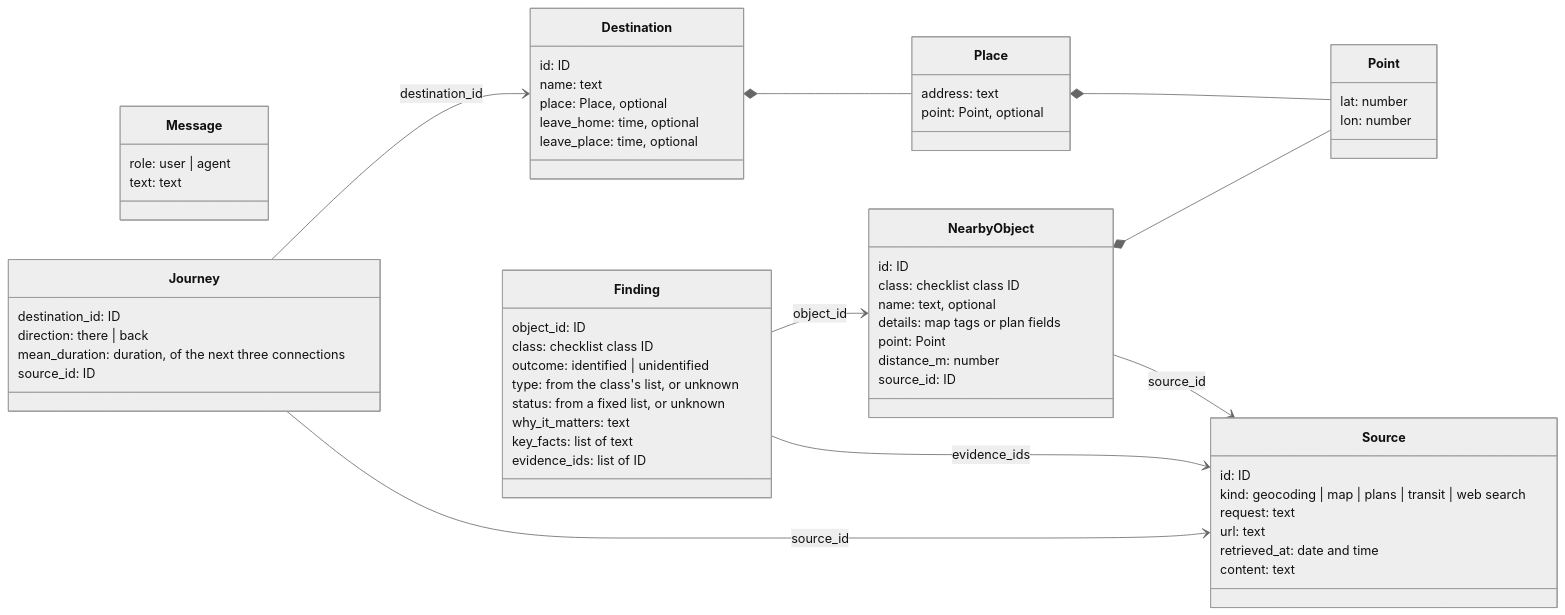
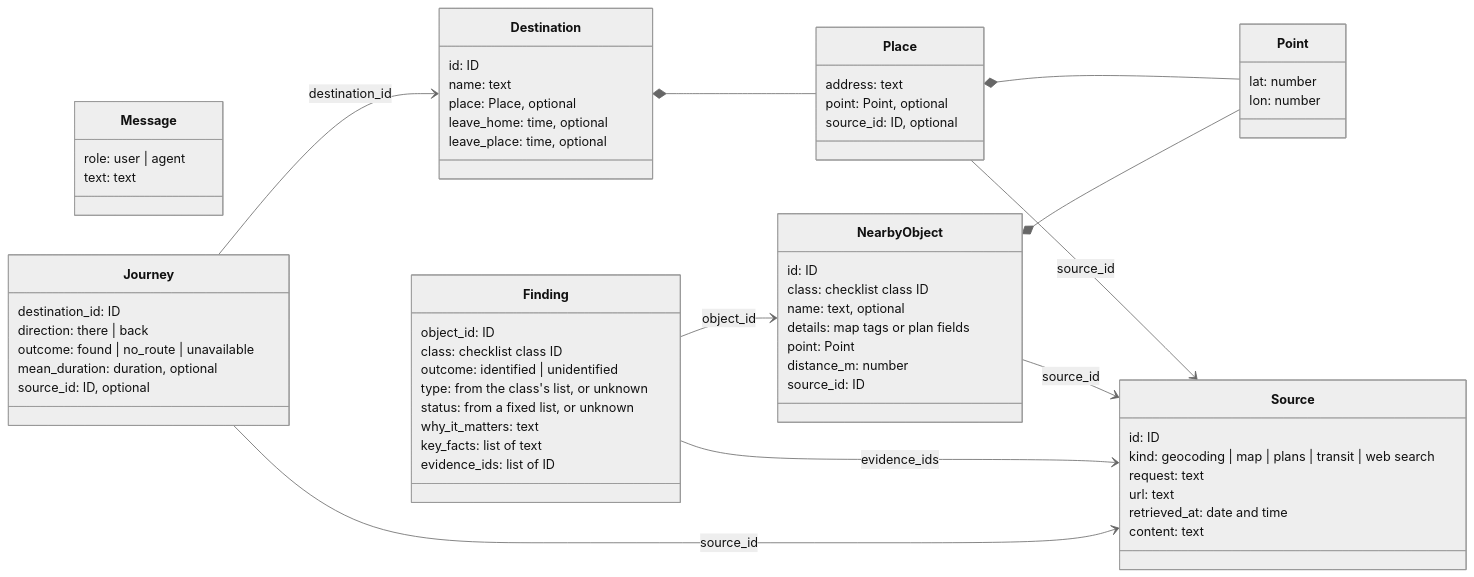
One commit to avashchenkov/out-of-frame changed the second of 2 diagrams in docs/architecture.md. Above: the diagram before and after it, drawn with Mermaid (neutral theme). The commit also changed other lines of this file, not shown here.

````diff
--- a/docs/architecture.md
+++ b/docs/architecture.md
@@ -201,64 +209,67 @@
 ```mermaid
 classDiagram
     direction LR
     class Message {
         role: user | agent
         text: text
     }
     class Place {
         address: text
         point: Point, optional
+        source_id: ID, optional
     }
     class Point {
         lat: number
         lon: number
     }
     class Destination {
         id: ID
         name: text
         place: Place, optional
         leave_home: time, optional
         leave_place: time, optional
     }
     class Source {
         id: ID
         kind: geocoding | map | plans | transit | web search
         request: text
         url: text
         retrieved_at: date and time
         content: text
     }
     class NearbyObject {
         id: ID
         class: checklist class ID
         name: text, optional
         details: map tags or plan fields
         point: Point
         distance_m: number
         source_id: ID
     }
     class Finding {
         object_id: ID
         class: checklist class ID
         outcome: identified | unidentified
         type: from the class's list, or unknown
         status: from a fixed list, or unknown
         why_it_matters: text
         key_facts: list of text
         evidence_ids: list of ID
     }
     class Journey {
         destination_id: ID
         direction: there | back
-        mean_duration: duration, of the next three connections
-        source_id: ID
+        outcome: found | no_route | unavailable
+        mean_duration: duration, optional
+        source_id: ID, optional
     }
     Destination *-- Place
     Place *-- Point
+    Place --> Source : source_id
     NearbyObject *-- Point
     NearbyObject --> Source : source_id
     Finding --> NearbyObject : object_id
     Finding --> Source : evidence_ids
     Journey --> Destination : destination_id
     Journey --> Source : source_id
 ```
````
